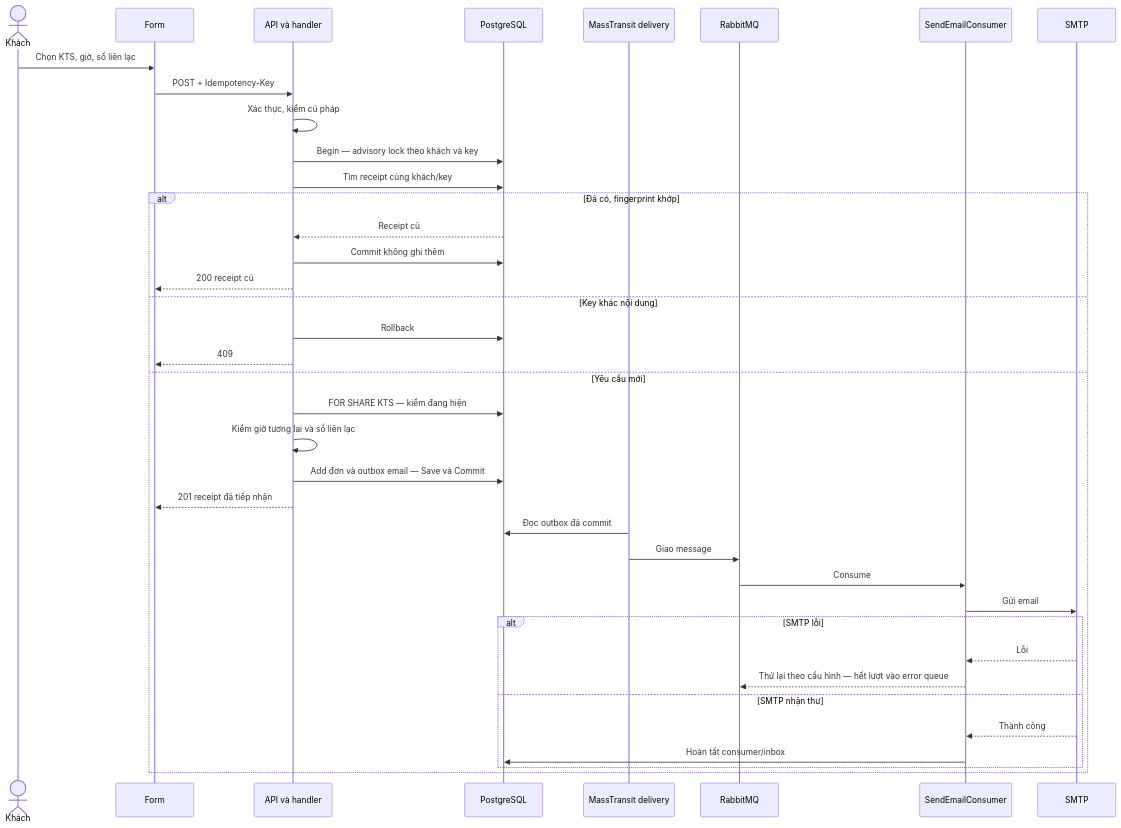
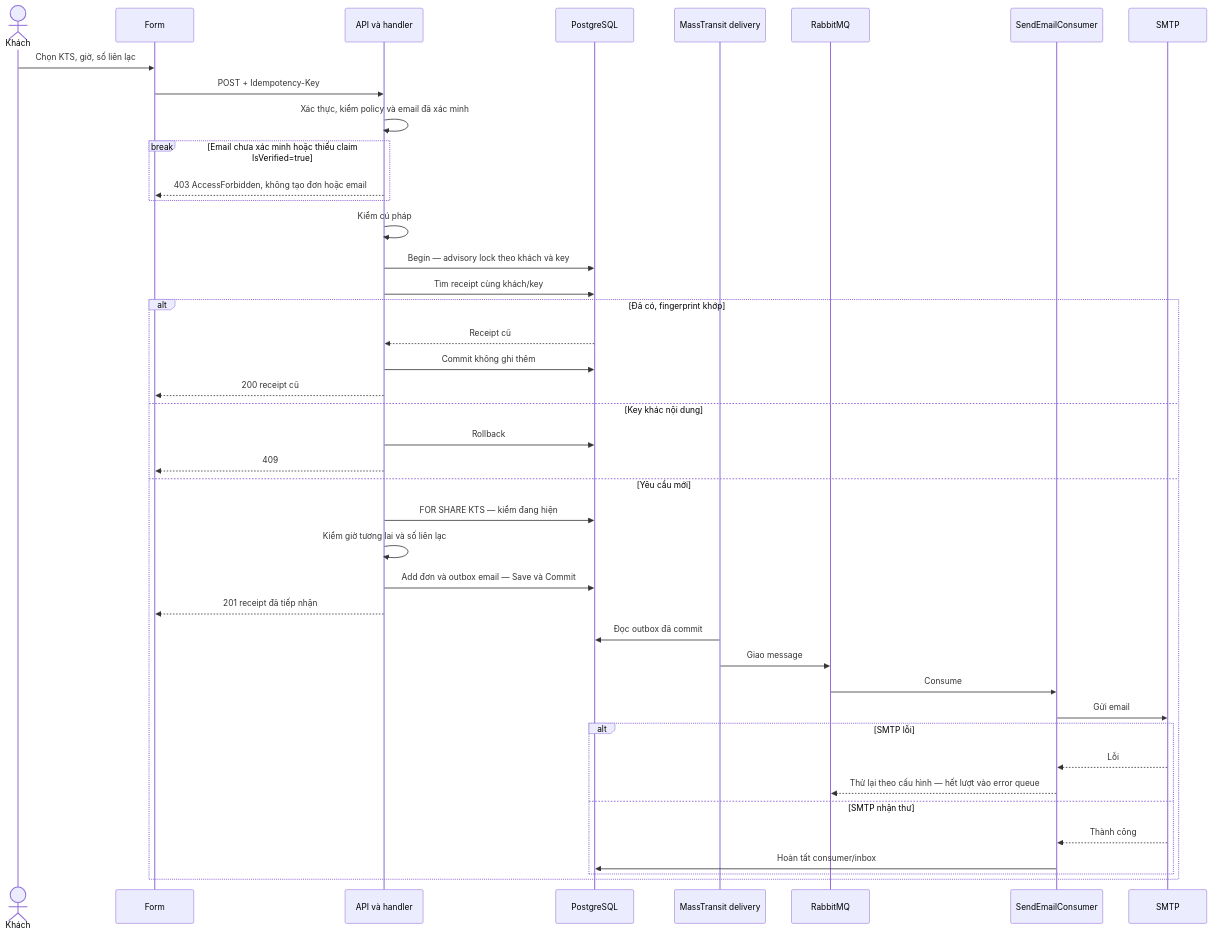
The third of 6 diagrams in tdd/TDD-CONSULT-001.md (TaskCoper/bmt-documentation), drawn with Mermaid before and after one commit. The commit also changed other lines of this file and 6 other files, not shown here.

Commit message:
docs(consultation): require verified email before submission

````diff
--- a/tdd/TDD-CONSULT-001.md
+++ b/tdd/TDD-CONSULT-001.md
@@ -242,40 +242,44 @@
 ```mermaid
 sequenceDiagram
     actor C as Khách
     participant FE as Form
     participant API as API và handler
     participant DB as PostgreSQL
     participant O as MassTransit delivery
     participant Q as RabbitMQ
     participant W as SendEmailConsumer
     participant S as SMTP
     C->>FE: Chọn KTS, giờ, số liên lạc
     FE->>API: POST + Idempotency-Key
-    API->>API: Xác thực, kiểm cú pháp
+    API->>API: Xác thực, kiểm policy và email đã xác minh
+    break Email chưa xác minh hoặc thiếu claim IsVerified=true
+        API-->>FE: 403 AccessForbidden, không tạo đơn hoặc email
+    end
+    API->>API: Kiểm cú pháp
     API->>DB: Begin — advisory lock theo khách và key
     API->>DB: Tìm receipt cùng khách/key
     alt Đã có, fingerprint khớp
         DB-->>API: Receipt cũ
         API->>DB: Commit không ghi thêm
         API-->>FE: 200 receipt cũ
     else Key khác nội dung
         API->>DB: Rollback
         API-->>FE: 409
     else Yêu cầu mới
         API->>DB: FOR SHARE KTS — kiểm đang hiện
         API->>API: Kiểm giờ tương lai và số liên lạc
         API->>DB: Add đơn và outbox email — Save và Commit
         API-->>FE: 201 receipt đã tiếp nhận
         O->>DB: Đọc outbox đã commit
         O->>Q: Giao message
         Q->>W: Consume
         W->>S: Gửi email
         alt SMTP lỗi
             S-->>W: Lỗi
             W-->>Q: Thử lại theo cấu hình — hết lượt vào error queue
         else SMTP nhận thư
             S-->>W: Thành công
             W->>DB: Hoàn tất consumer/inbox
         end
     end
 ```
````
